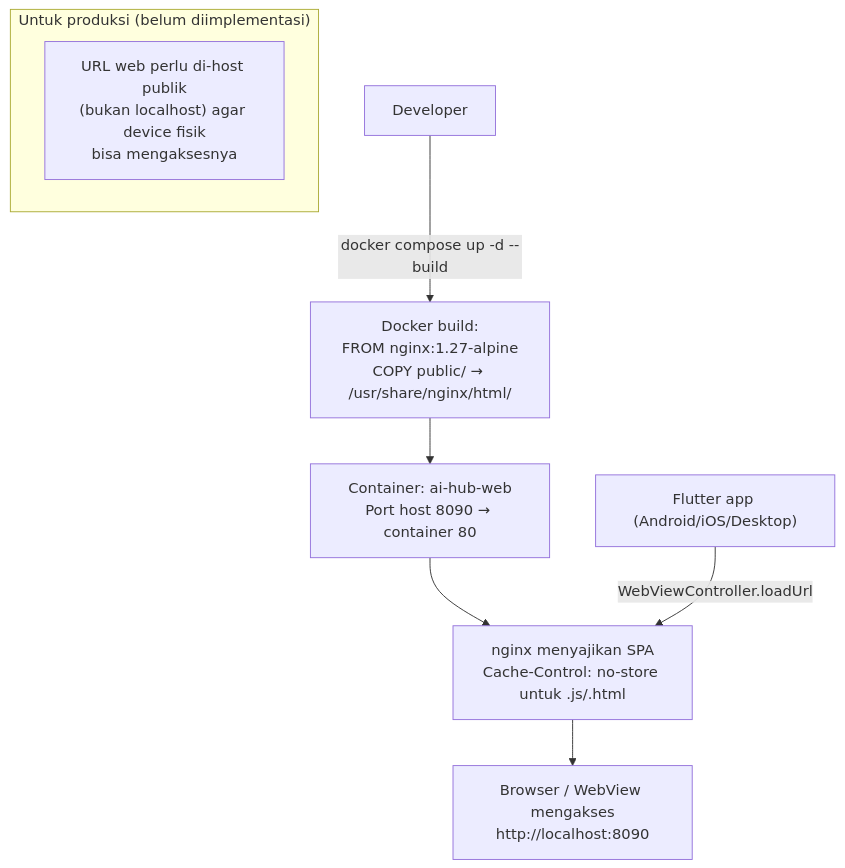
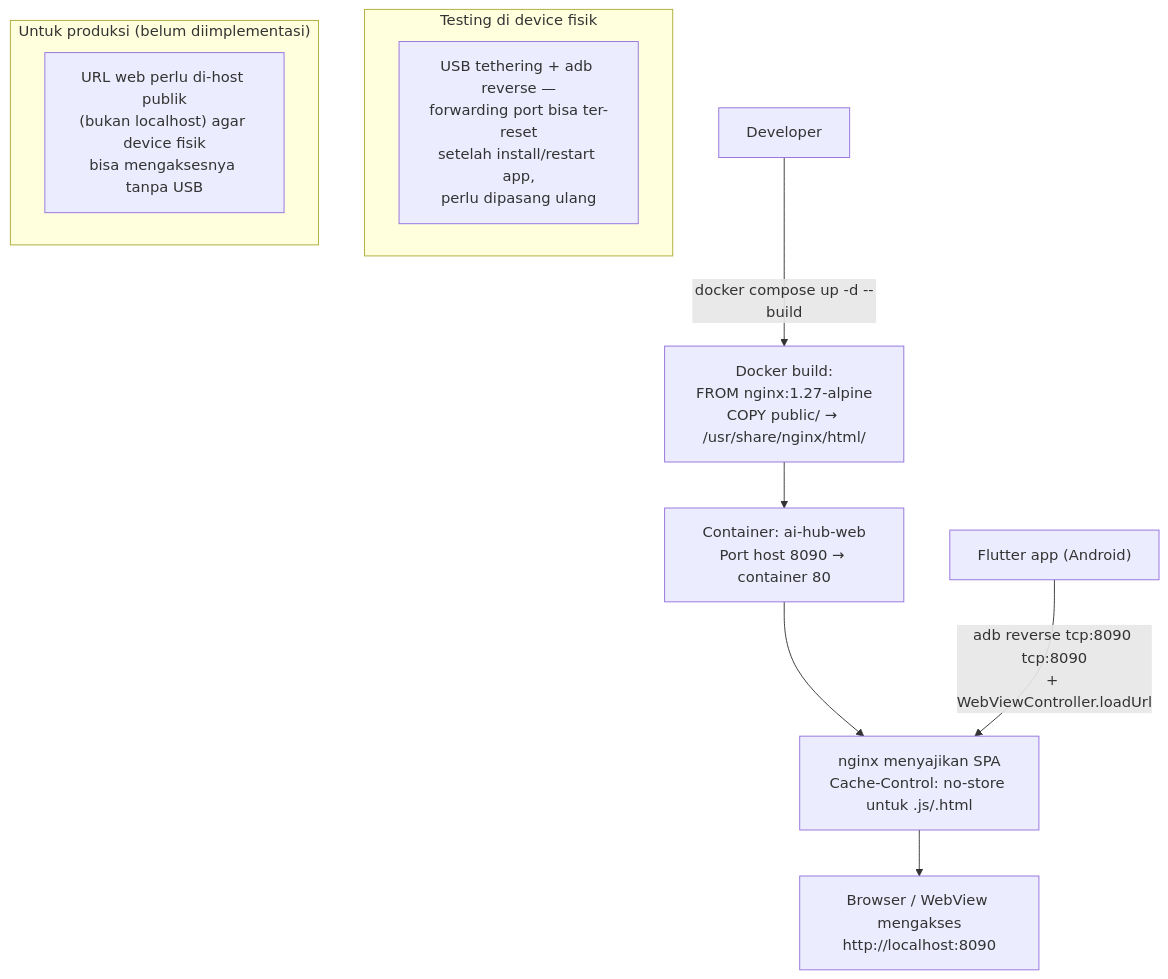
Diagram 15 of 15 in docs/diagram-alur.md (Khoirul-Yardan/PROJECT-MOBILE-APP), drawn with Mermaid before and after one commit. The commit also changed other lines of this file and 42 other files, not shown here.

````diff
--- a/docs/diagram-alur.md
+++ b/docs/diagram-alur.md
@@ -495,13 +674,17 @@
 ```mermaid
 flowchart TD
     Dev["Developer"] -->|docker compose up -d --build| Build["Docker build:\nFROM nginx:1.27-alpine\nCOPY public/ → /usr/share/nginx/html/"]
     Build --> Container["Container: ai-hub-web\nPort host 8090 → container 80"]
     Container --> Serve["nginx menyajikan SPA\nCache-Control: no-store untuk .js/.html"]
     Serve --> Browser["Browser / WebView mengakses\nhttp://localhost:8090"]
 
-    FlutterApp["Flutter app (Android/iOS/Desktop)"] -->|WebViewController.loadUrl| Serve
+    FlutterApp["Flutter app (Android)"] -->|adb reverse tcp:8090 tcp:8090\n+ WebViewController.loadUrl| Serve
+
+    subgraph DeviceTest["Testing di device fisik"]
+        Note2["USB tethering + adb reverse —\nforwarding port bisa ter-reset\nsetelah install/restart app,\nperlu dipasang ulang"]
+    end
 
     subgraph Prod["Untuk produksi (belum diimplementasi)"]
-        Note1["URL web perlu di-host publik\n(bukan localhost) agar device fisik\nbisa mengaksesnya"]
+        Note1["URL web perlu di-host publik\n(bukan localhost) agar device fisik\nbisa mengaksesnya tanpa USB"]
     end
 ```
````
